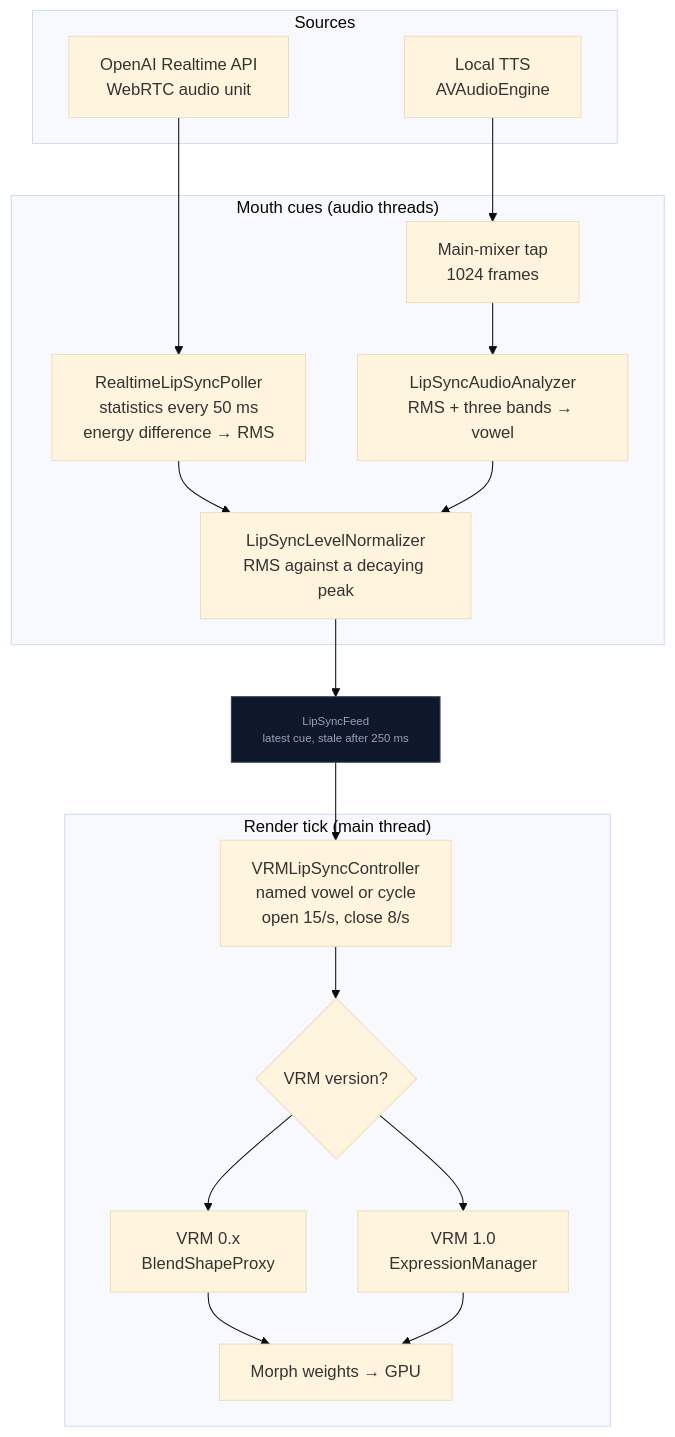
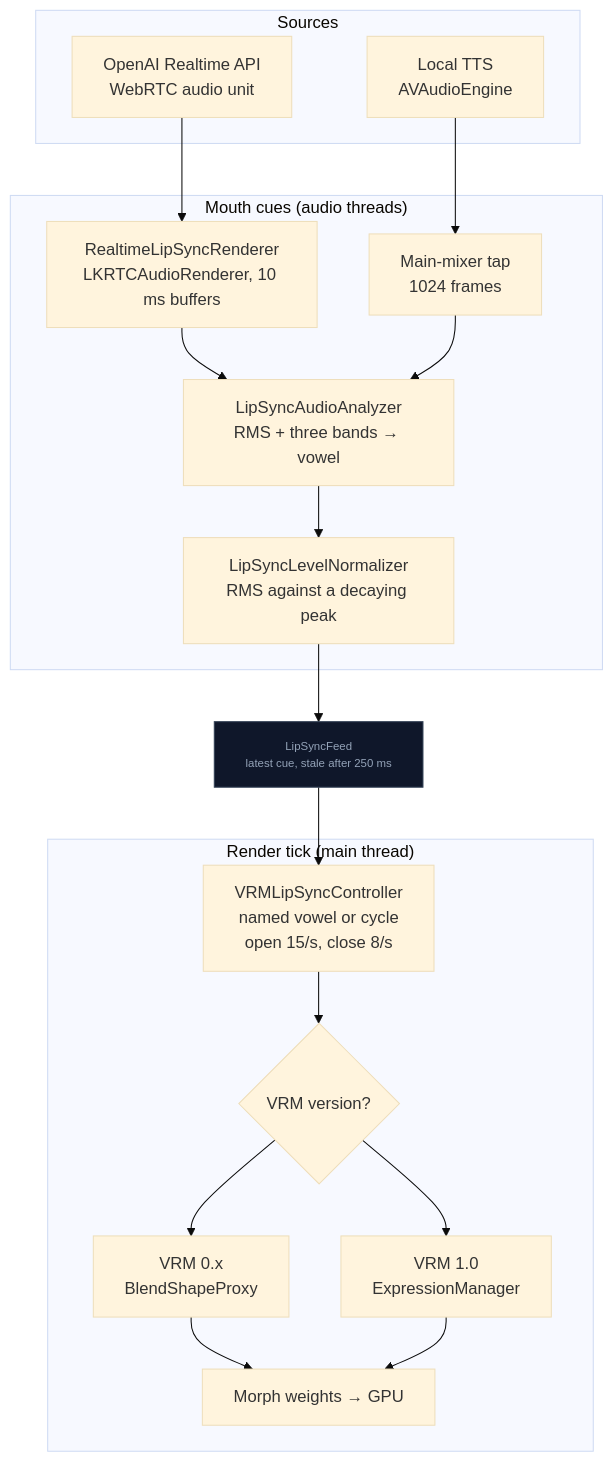
One commit to kevinliddel/NeuraLink changed the diagram in docs/LipSync.md. Above: the diagram before and after it, drawn with Mermaid (base theme). The commit also changed other lines of this file and 16 other files, not shown here.

Commit message:
refactor: migrate WebRTC dependency to LiveKit WebRTC and rename lip sync poller to renderer

````diff
--- a/docs/LipSync.md
+++ b/docs/LipSync.md
@@ -161,28 +160,28 @@
 ```mermaid
 flowchart TD
     subgraph Sources
         OAI["OpenAI Realtime API<br/>WebRTC audio unit"]
         TTS["Local TTS<br/>AVAudioEngine"]
     end
     subgraph Cues["Mouth cues (audio threads)"]
-        POLL["RealtimeLipSyncPoller<br/>statistics every 50 ms<br/>energy difference → RMS"]
+        REND["RealtimeLipSyncRenderer<br/>LKRTCAudioRenderer, 10 ms buffers"]
         TAP["Main-mixer tap<br/>1024 frames"]
         ANA["LipSyncAudioAnalyzer<br/>RMS + three bands → vowel"]
         NORM["LipSyncLevelNormalizer<br/>RMS against a decaying peak"]
     end
     FEED["LipSyncFeed<br/>latest cue, stale after 250 ms"]
     subgraph Render["Render tick (main thread)"]
         CTRL["VRMLipSyncController<br/>named vowel or cycle<br/>open 15/s, close 8/s"]
         VER{"VRM version?"}
         V0["VRM 0.x<br/>BlendShapeProxy"]
         V1["VRM 1.0<br/>ExpressionManager"]
         MORPH["Morph weights → GPU"]
     end
-    OAI --> POLL --> NORM --> FEED
-    TTS --> TAP --> ANA --> NORM
+    OAI --> REND --> ANA
+    TTS --> TAP --> ANA --> NORM --> FEED
     FEED --> CTRL --> VER
     VER --> V0 --> MORPH
     VER --> V1 --> MORPH
     classDef data fill:#0f172a,stroke:#334155,color:#94a3b8,font-size:11px
     class FEED data
 ```
````
